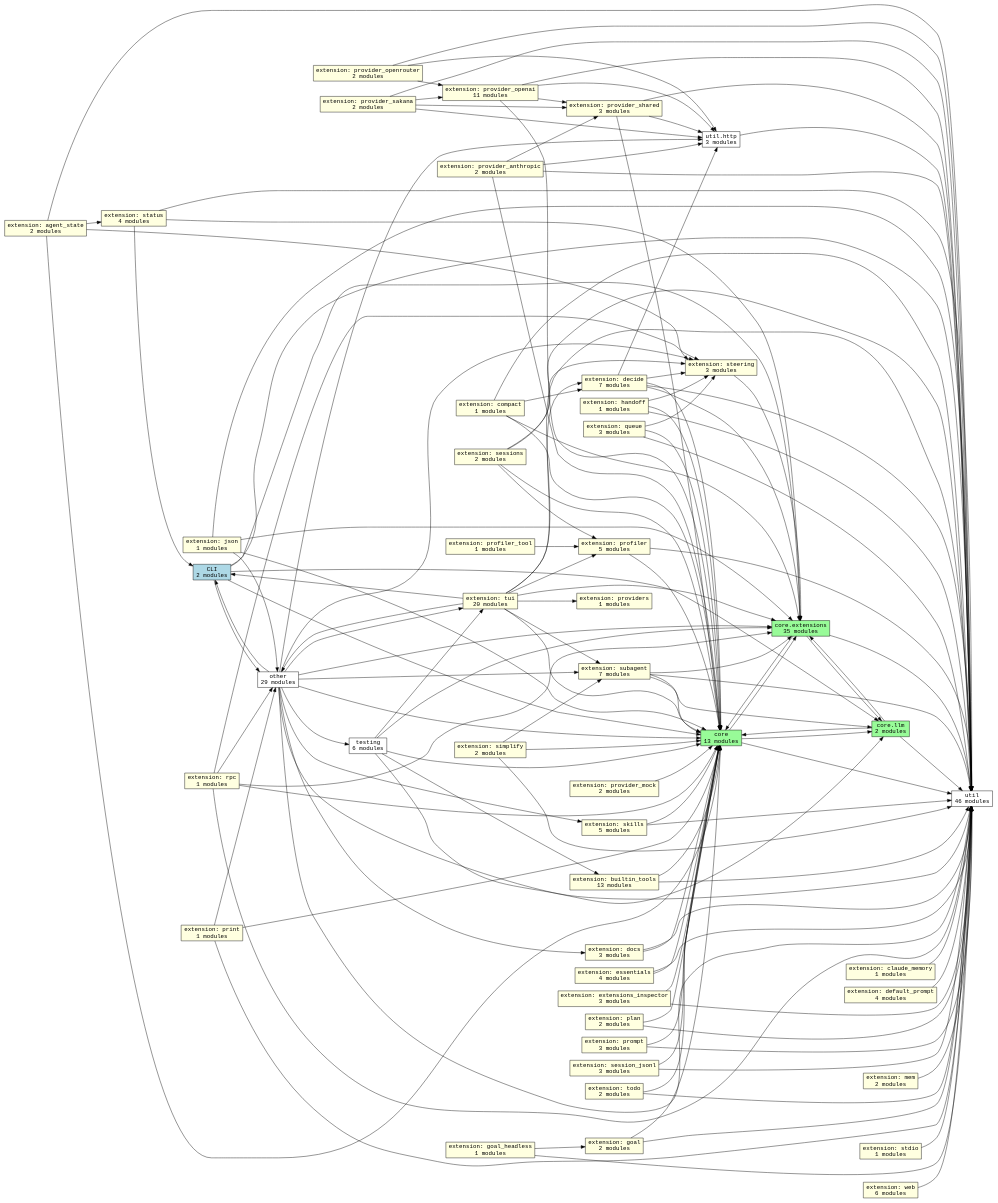
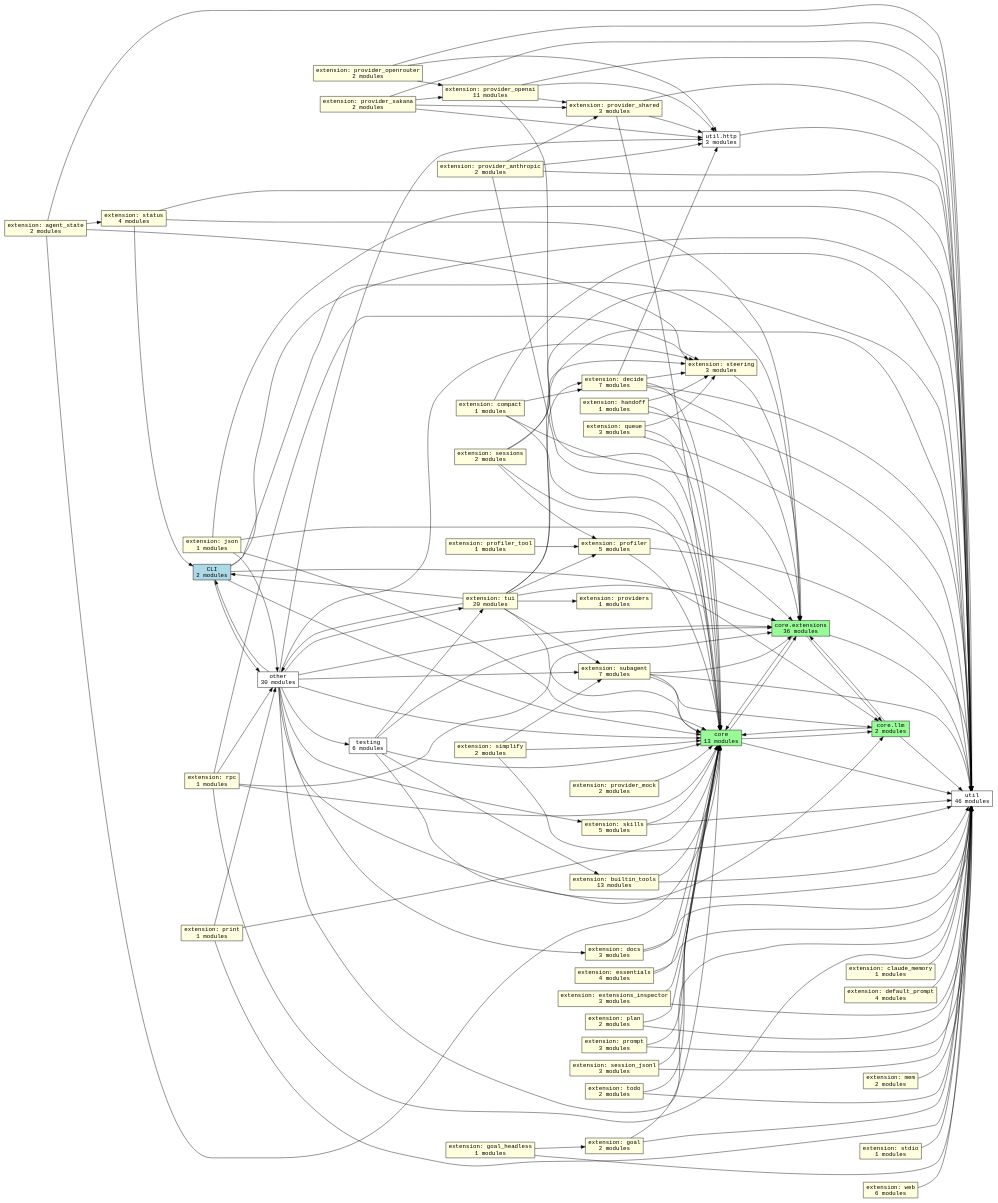
The diagram in docs/graphs/subsystems.dot (acmiyaguchi/fen), drawn with Graphviz before and after one commit. The commit also changed 21 other files, not shown here.

```diff
--- a/docs/graphs/subsystems.dot
+++ b/docs/graphs/subsystems.dot
@@ -1,188 +1,188 @@
 digraph fen_subsystems {
   graph [rankdir=LR];
   node [shape=box, fontname="monospace"];
   edge [fontname="monospace"];
   "cli" [fillcolor="lightblue", label="CLI\n2 modules", style="filled"];
   "core" [fillcolor="palegreen", label="core\n13 modules", style="filled"];
-  "core.extensions" [fillcolor="palegreen", label="core.extensions\n35 modules", style="filled"];
+  "core.extensions" [fillcolor="palegreen", label="core.extensions\n36 modules", style="filled"];
   "core.llm" [fillcolor="palegreen", label="core.llm\n2 modules", style="filled"];
   "extension.agent_state" [fillcolor="lightyellow", label="extension: agent_state\n2 modules", style="filled"];
   "extension.builtin_tools" [fillcolor="lightyellow", label="extension: builtin_tools\n13 modules", style="filled"];
   "extension.claude_memory" [fillcolor="lightyellow", label="extension: claude_memory\n1 modules", style="filled"];
   "extension.compact" [fillcolor="lightyellow", label="extension: compact\n1 modules", style="filled"];
   "extension.decide" [fillcolor="lightyellow", label="extension: decide\n7 modules", style="filled"];
   "extension.default_prompt" [fillcolor="lightyellow", label="extension: default_prompt\n4 modules", style="filled"];
   "extension.docs" [fillcolor="lightyellow", label="extension: docs\n3 modules", style="filled"];
   "extension.essentials" [fillcolor="lightyellow", label="extension: essentials\n4 modules", style="filled"];
   "extension.extensions_inspector" [fillcolor="lightyellow", label="extension: extensions_inspector\n3 modules", style="filled"];
   "extension.goal" [fillcolor="lightyellow", label="extension: goal\n2 modules", style="filled"];
   "extension.goal_headless" [fillcolor="lightyellow", label="extension: goal_headless\n1 modules", style="filled"];
   "extension.handoff" [fillcolor="lightyellow", label="extension: handoff\n1 modules", style="filled"];
   "extension.json" [fillcolor="lightyellow", label="extension: json\n1 modules", style="filled"];
   "extension.mem" [fillcolor="lightyellow", label="extension: mem\n2 modules", style="filled"];
   "extension.plan" [fillcolor="lightyellow", label="extension: plan\n2 modules", style="filled"];
   "extension.print" [fillcolor="lightyellow", label="extension: print\n1 modules", style="filled"];
   "extension.profiler" [fillcolor="lightyellow", label="extension: profiler\n5 modules", style="filled"];
   "extension.profiler_tool" [fillcolor="lightyellow", label="extension: profiler_tool\n1 modules", style="filled"];
   "extension.prompt" [fillcolor="lightyellow", label="extension: prompt\n3 modules", style="filled"];
   "extension.provider_anthropic" [fillcolor="lightyellow", label="extension: provider_anthropic\n2 modules", style="filled"];
   "extension.provider_mock" [fillcolor="lightyellow", label="extension: provider_mock\n2 modules", style="filled"];
   "extension.provider_openai" [fillcolor="lightyellow", label="extension: provider_openai\n11 modules", style="filled"];
   "extension.provider_openrouter" [fillcolor="lightyellow", label="extension: provider_openrouter\n2 modules", style="filled"];
   "extension.provider_sakana" [fillcolor="lightyellow", label="extension: provider_sakana\n2 modules", style="filled"];
   "extension.provider_shared" [fillcolor="lightyellow", label="extension: provider_shared\n3 modules", style="filled"];
   "extension.providers" [fillcolor="lightyellow", label="extension: providers\n1 modules", style="filled"];
   "extension.queue" [fillcolor="lightyellow", label="extension: queue\n3 modules", style="filled"];
   "extension.rpc" [fillcolor="lightyellow", label="extension: rpc\n1 modules", style="filled"];
   "extension.session_jsonl" [fillcolor="lightyellow", label="extension: session_jsonl\n3 modules", style="filled"];
   "extension.sessions" [fillcolor="lightyellow", label="extension: sessions\n2 modules", style="filled"];
   "extension.simplify" [fillcolor="lightyellow", label="extension: simplify\n2 modules", style="filled"];
   "extension.skills" [fillcolor="lightyellow", label="extension: skills\n5 modules", style="filled"];
   "extension.status" [fillcolor="lightyellow", label="extension: status\n4 modules", style="filled"];
   "extension.stdio" [fillcolor="lightyellow", label="extension: stdio\n1 modules", style="filled"];
   "extension.steering" [fillcolor="lightyellow", label="extension: steering\n3 modules", style="filled"];
   "extension.subagent" [fillcolor="lightyellow", label="extension: subagent\n7 modules", style="filled"];
   "extension.todo" [fillcolor="lightyellow", label="extension: todo\n2 modules", style="filled"];
   "extension.tui" [fillcolor="lightyellow", label="extension: tui\n20 modules", style="filled"];
   "extension.web" [fillcolor="lightyellow", label="extension: web\n6 modules", style="filled"];
-  "other" [fillcolor="white", label="other\n29 modules", style="filled"];
+  "other" [fillcolor="white", label="other\n30 modules", style="filled"];
   "testing" [fillcolor="white", label="testing\n6 modules", style="filled"];
   "util" [fillcolor="white", label="util\n46 modules", style="filled"];
   "util.http" [fillcolor="white", label="util.http\n3 modules", style="filled"];
   "cli" -> "core";
   "cli" -> "core.extensions";
   "cli" -> "core.llm";
   "cli" -> "other";
   "cli" -> "util";
   "core" -> "core.extensions";
   "core" -> "core.llm";
   "core" -> "util";
   "core.extensions" -> "core";
   "core.extensions" -> "core.llm";
   "core.extensions" -> "util";
   "core.llm" -> "core";
   "core.llm" -> "core.extensions";
   "core.llm" -> "util";
   "extension.agent_state" -> "core";
   "extension.agent_state" -> "extension.status";
   "extension.agent_state" -> "extension.steering";
   "extension.agent_state" -> "util";
   "extension.builtin_tools" -> "core";
   "extension.builtin_tools" -> "util";
   "extension.claude_memory" -> "util";
   "extension.compact" -> "core";
   "extension.compact" -> "core.extensions";
   "extension.compact" -> "extension.decide";
   "extension.compact" -> "util";
   "extension.decide" -> "core";
   "extension.decide" -> "core.extensions";
   "extension.decide" -> "extension.steering";
   "extension.decide" -> "util";
   "extension.decide" -> "util.http";
   "extension.default_prompt" -> "util";
   "extension.docs" -> "core";
   "extension.docs" -> "util";
   "extension.essentials" -> "core";
   "extension.essentials" -> "util";
   "extension.extensions_inspector" -> "core";
   "extension.extensions_inspector" -> "util";
   "extension.goal" -> "core";
   "extension.goal" -> "util";
   "extension.goal_headless" -> "extension.goal";
   "extension.goal_headless" -> "util";
   "extension.handoff" -> "core";
   "extension.handoff" -> "extension.steering";
   "extension.handoff" -> "util";
   "extension.json" -> "core";
   "extension.json" -> "core.extensions";
   "extension.json" -> "other";
   "extension.json" -> "util";
   "extension.mem" -> "util";
   "extension.plan" -> "core";
   "extension.plan" -> "util";
   "extension.print" -> "core";
   "extension.print" -> "other";
   "extension.print" -> "util";
   "extension.profiler" -> "core";
   "extension.profiler" -> "util";
   "extension.profiler_tool" -> "extension.profiler";
   "extension.prompt" -> "core";
   "extension.prompt" -> "util";
   "extension.provider_anthropic" -> "core";
   "extension.provider_anthropic" -> "extension.provider_shared";
   "extension.provider_anthropic" -> "util";
   "extension.provider_anthropic" -> "util.http";
   "extension.provider_mock" -> "core";
   "extension.provider_openai" -> "core";
   "extension.provider_openai" -> "extension.provider_shared";
   "extension.provider_openai" -> "util";
   "extension.provider_openai" -> "util.http";
   "extension.provider_openrouter" -> "extension.provider_openai";
   "extension.provider_openrouter" -> "util";
   "extension.provider_openrouter" -> "util.http";
   "extension.provider_sakana" -> "extension.provider_openai";
   "extension.provider_sakana" -> "extension.provider_shared";
   "extension.provider_sakana" -> "util";
   "extension.provider_sakana" -> "util.http";
   "extension.provider_shared" -> "core";
   "extension.provider_shared" -> "util";
   "extension.provider_shared" -> "util.http";
   "extension.queue" -> "core";
   "extension.queue" -> "extension.steering";
   "extension.queue" -> "util";
   "extension.rpc" -> "core";
   "extension.rpc" -> "core.extensions";
   "extension.rpc" -> "extension.steering";
   "extension.rpc" -> "other";
   "extension.rpc" -> "util";
   "extension.session_jsonl" -> "core";
   "extension.session_jsonl" -> "util";
   "extension.sessions" -> "core";
   "extension.sessions" -> "extension.profiler";
   "extension.sessions" -> "extension.steering";
   "extension.sessions" -> "util";
   "extension.simplify" -> "core";
   "extension.simplify" -> "extension.subagent";
   "extension.simplify" -> "util";
   "extension.skills" -> "core";
   "extension.skills" -> "util";
   "extension.status" -> "cli";
   "extension.status" -> "core.extensions";
   "extension.status" -> "util";
   "extension.stdio" -> "util";
   "extension.steering" -> "core.extensions";
   "extension.subagent" -> "core";
   "extension.subagent" -> "core.extensions";
   "extension.subagent" -> "core.llm";
   "extension.subagent" -> "util";
   "extension.todo" -> "core";
   "extension.todo" -> "util";
   "extension.tui" -> "cli";
   "extension.tui" -> "core";
   "extension.tui" -> "core.extensions";
   "extension.tui" -> "extension.decide";
   "extension.tui" -> "extension.profiler";
   "extension.tui" -> "extension.providers";
   "extension.tui" -> "extension.subagent";
   "extension.tui" -> "other";
   "extension.tui" -> "util";
   "extension.web" -> "util";
   "other" -> "cli";
   "other" -> "core";
   "other" -> "core.extensions";
   "other" -> "core.llm";
   "other" -> "extension.docs";
   "other" -> "extension.skills";
   "other" -> "extension.steering";
   "other" -> "extension.subagent";
   "other" -> "extension.tui";
   "other" -> "testing";
   "other" -> "util";
   "other" -> "util.http";
   "testing" -> "core";
   "testing" -> "core.extensions";
   "testing" -> "extension.builtin_tools";
   "testing" -> "extension.tui";
   "testing" -> "util";
   "util.http" -> "util";
 }
```
